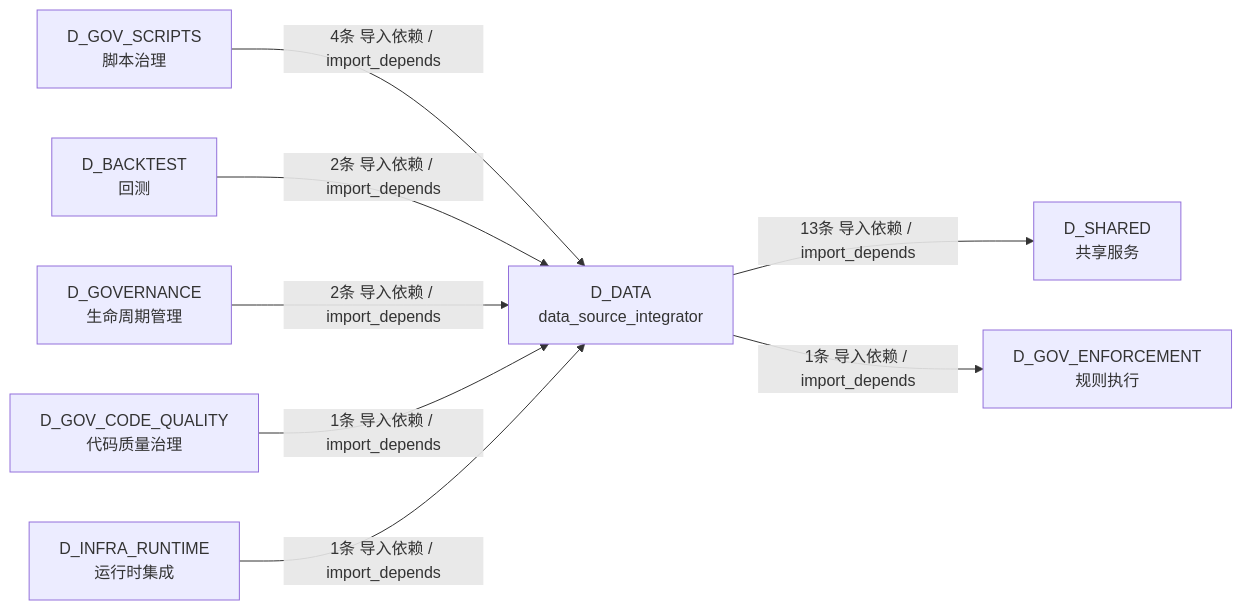
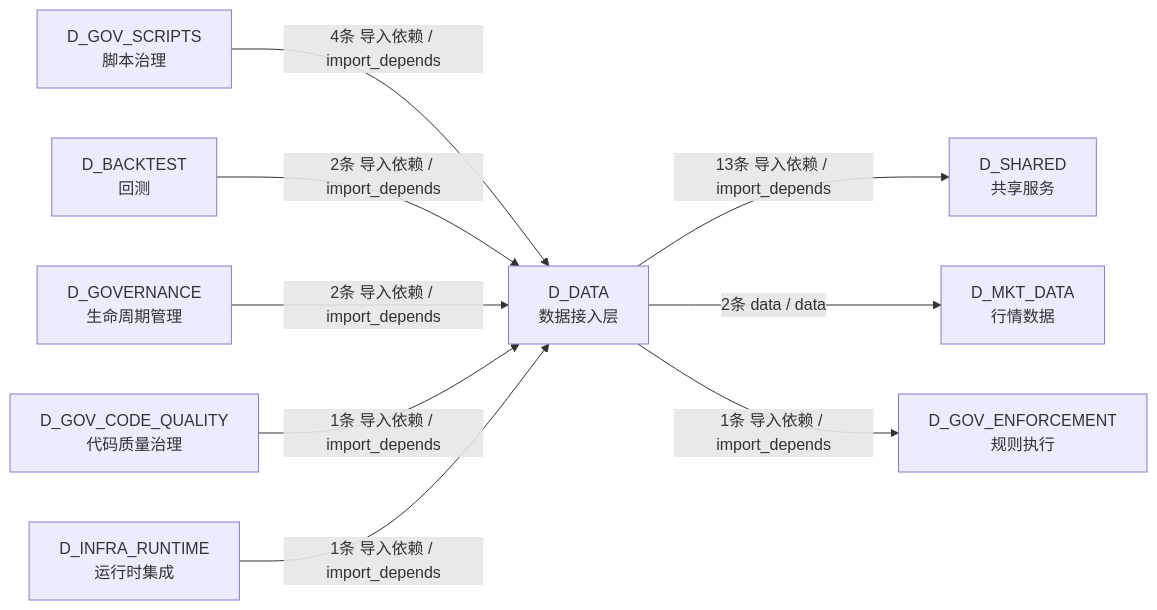
The fifth of 5 diagrams in docs/02_enterprise_architecture/02_domain_architecture_docs/61_d_data.md (xuanFelixVan/ZephyrAlpha), drawn with Mermaid before and after one commit. The commit also changed other lines of this file and 125 other files, not shown here.

````diff
--- a/docs/02_enterprise_architecture/02_domain_architecture_docs/61_d_data.md
+++ b/docs/02_enterprise_architecture/02_domain_architecture_docs/61_d_data.md
@@ -486,18 +493,20 @@
 ```mermaid
 graph LR
-    D_DATA["D_DATA<br/>data_source_integrator"]
+    D_DATA["D_DATA<br/>数据接入层"]
     D_SHARED["D_SHARED<br/>共享服务"]
+    D_MKT_DATA["D_MKT_DATA<br/>行情数据"]
     D_GOV_ENFORCEMENT["D_GOV_ENFORCEMENT<br/>规则执行"]
     D_GOV_SCRIPTS["D_GOV_SCRIPTS<br/>脚本治理"]
     D_BACKTEST["D_BACKTEST<br/>回测"]
     D_GOVERNANCE["D_GOVERNANCE<br/>生命周期管理"]
     D_GOV_CODE_QUALITY["D_GOV_CODE_QUALITY<br/>代码质量治理"]
     D_INFRA_RUNTIME["D_INFRA_RUNTIME<br/>运行时集成"]
     D_DATA -->|13条 导入依赖 / import_depends| D_SHARED
+    D_DATA -->|2条 data / data| D_MKT_DATA
     D_DATA -->|1条 导入依赖 / import_depends| D_GOV_ENFORCEMENT
     D_GOV_SCRIPTS -->|4条 导入依赖 / import_depends| D_DATA
     D_BACKTEST -->|2条 导入依赖 / import_depends| D_DATA
     D_GOVERNANCE -->|2条 导入依赖 / import_depends| D_DATA
     D_GOV_CODE_QUALITY -->|1条 导入依赖 / import_depends| D_DATA
     D_INFRA_RUNTIME -->|1条 导入依赖 / import_depends| D_DATA
 ```
````
